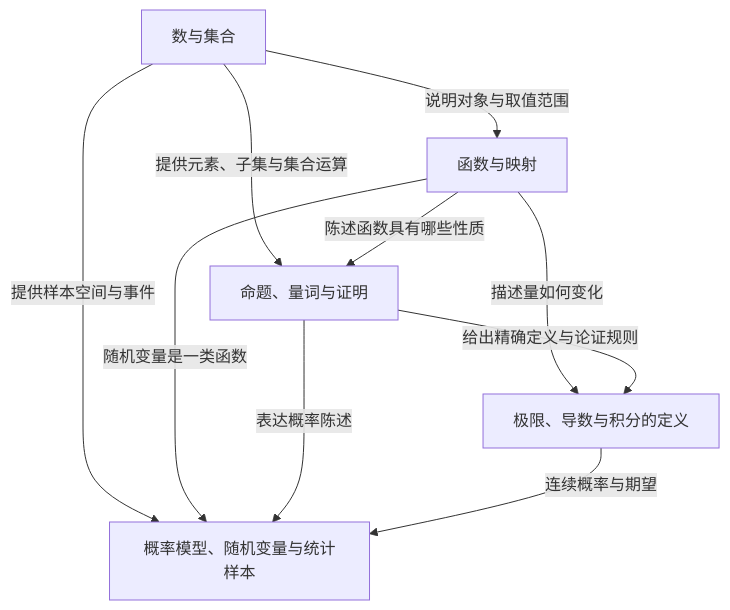
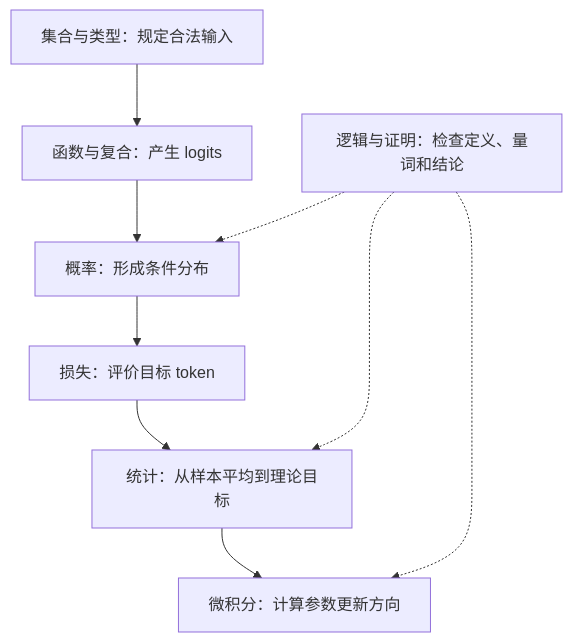
Before and after one commit to devillove084/algebra-geometry-intelligence: the diagram in chapters/00-foundations/index.qmd, drawn with Mermaid. The commit also changed other lines of this file and 8 other files, not shown here.

````diff
--- a/chapters/00-foundations/index.qmd
+++ b/chapters/00-foundations/index.qmd
@@ -69,12 +93,11 @@
 ```{mermaid}
 flowchart TD
-    A[数与集合] -->|说明对象与取值范围| B[函数与映射]
-    A -->|提供元素、子集与集合运算| C[命题、量词与证明]
-    B -->|陈述函数具有哪些性质| C
-    B -->|描述量如何变化| D[极限、导数与积分的定义]
-    C -->|给出精确定义与论证规则| D
-    A -->|提供样本空间与事件| E[概率模型、随机变量与统计样本]
-    B -->|随机变量是一类函数| E
-    C -->|表达概率陈述| E
-    D -->|连续概率与期望| E
+    A[集合与类型：规定合法输入] --> B[函数与复合：产生 logits]
+    B --> C[概率：形成条件分布]
+    C --> D[损失：评价目标 token]
+    D --> E[统计：从样本平均到理论目标]
+    E --> F[微积分：计算参数更新方向]
+    G[逻辑与证明：检查定义、量词和结论] -.-> C
+    G -.-> E
+    G -.-> F
 ```
````
